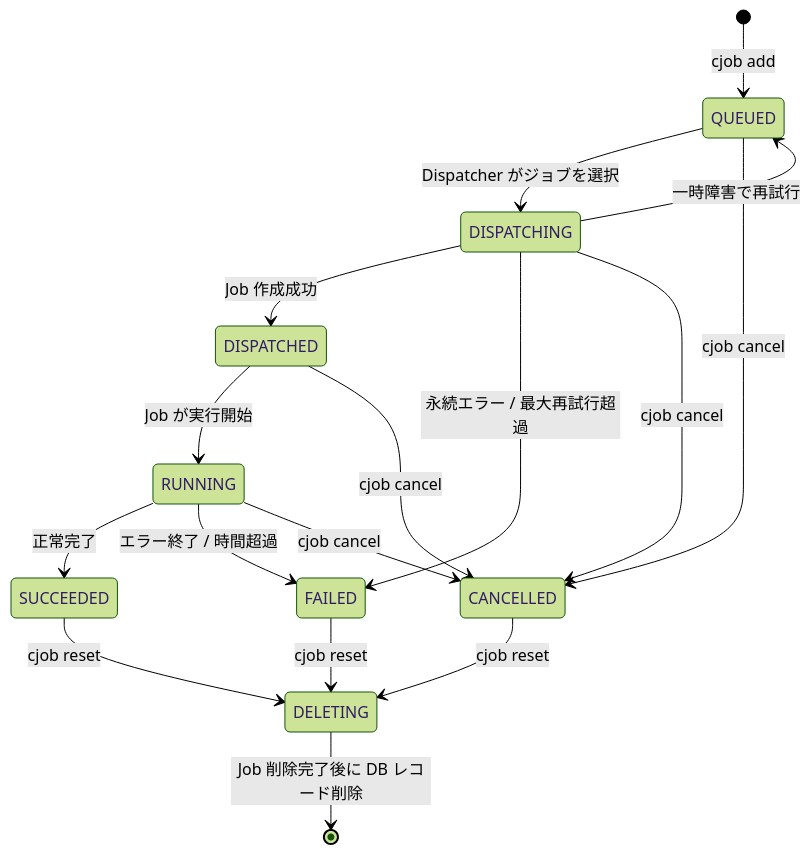
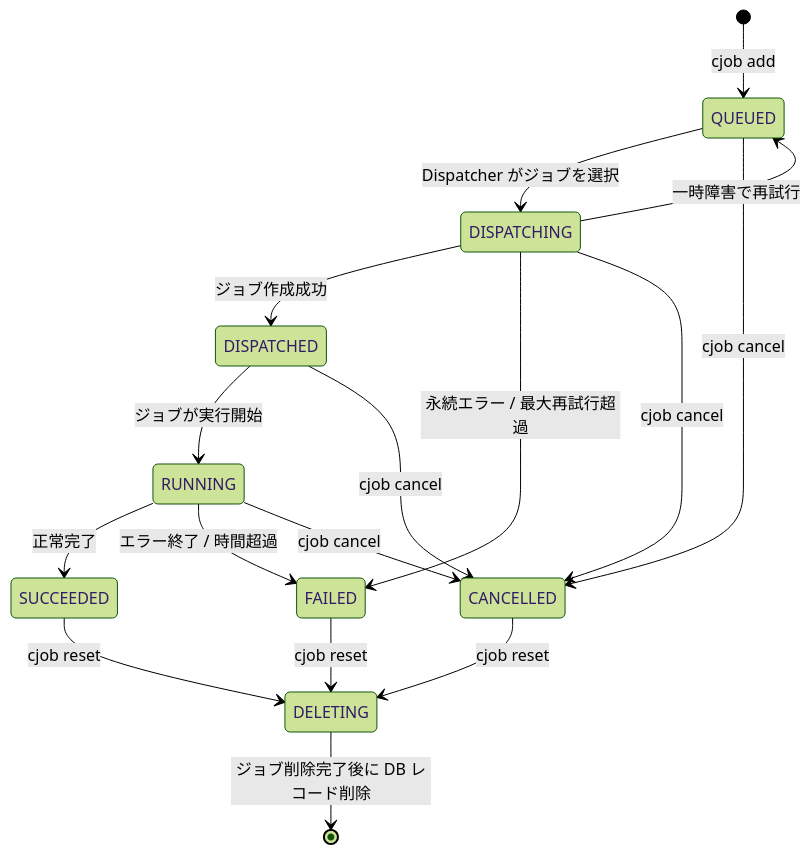
Before and after one commit to Shu-Tanaka-Group/research-cluster-job-system: the diagram in README.md, drawn with Mermaid (forest theme). The commit also changed other lines of this file, not shown here.

Commit message:
Fix wording incosistency in README

````diff
--- a/README.md
+++ b/README.md
@@ -244,25 +244,25 @@
 ```mermaid
 stateDiagram-v2
     [*] --> QUEUED : cjob add
 
     QUEUED --> DISPATCHING : Dispatcher がジョブを選択
     QUEUED --> CANCELLED : cjob cancel
 
-    DISPATCHING --> DISPATCHED : Job 作成成功
+    DISPATCHING --> DISPATCHED : ジョブ作成成功
     DISPATCHING --> QUEUED : 一時障害で再試行
     DISPATCHING --> FAILED : 永続エラー / 最大再試行超過
     DISPATCHING --> CANCELLED : cjob cancel
 
-    DISPATCHED --> RUNNING : Job が実行開始
+    DISPATCHED --> RUNNING : ジョブが実行開始
     DISPATCHED --> CANCELLED : cjob cancel
 
     RUNNING --> SUCCEEDED : 正常完了
     RUNNING --> FAILED : エラー終了 / 時間超過
     RUNNING --> CANCELLED : cjob cancel
 
     SUCCEEDED --> DELETING : cjob reset
     FAILED --> DELETING : cjob reset
     CANCELLED --> DELETING : cjob reset
 
-    DELETING --> [*] : Job 削除完了後に DB レコード削除
+    DELETING --> [*] : ジョブ削除完了後に DB レコード削除
 ```
````
